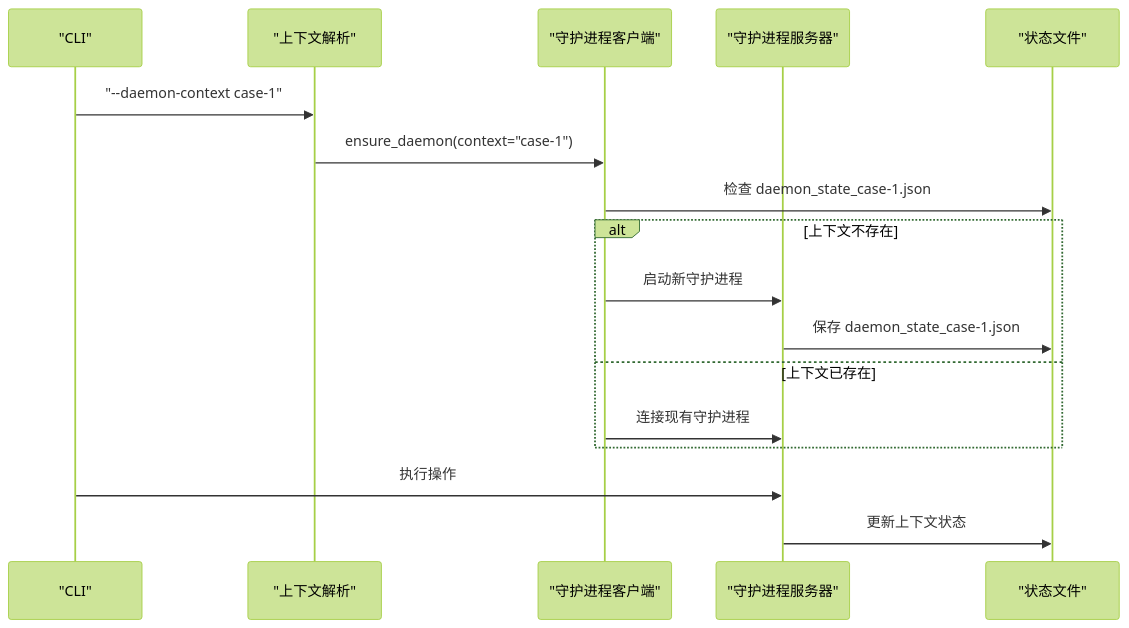
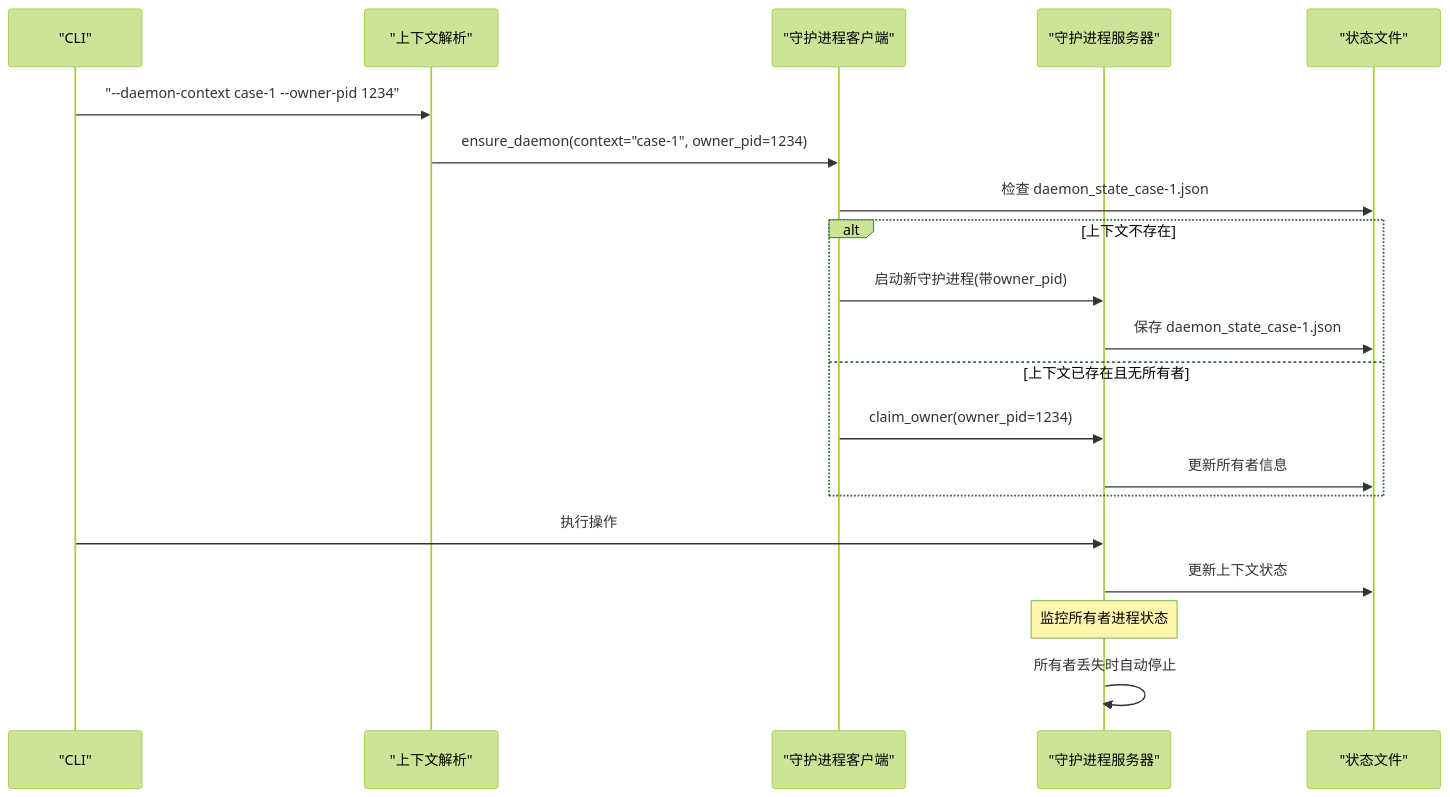
One commit to haolange/RDC-Tool changed the third of 11 diagrams in .qoder/repowiki/zh/content/核心概念/会话模型.md. Above: the diagram before and after it, drawn with Mermaid (forest theme). The commit also changed other lines of this file and 4 other files, not shown here.

````diff
--- a/.qoder/repowiki/zh/content/核心概念/会话模型.md
+++ b/.qoder/repowiki/zh/content/核心概念/会话模型.md
@@ -162,19 +167,22 @@
 ```mermaid
 sequenceDiagram
 participant CLI as "CLI"
 participant PARSE as "上下文解析"
 participant DC as "守护进程客户端"
 participant DS as "守护进程服务器"
 participant FILE as "状态文件"
-CLI->>PARSE : "--daemon-context case-1"
-PARSE->>DC : ensure_daemon(context="case-1")
+CLI->>PARSE : "--daemon-context case-1 --owner-pid 1234"
+PARSE->>DC : ensure_daemon(context="case-1", owner_pid=1234)
 DC->>FILE : 检查 daemon_state_case-1.json
 alt 上下文不存在
-DC->>DS : 启动新守护进程
+DC->>DS : 启动新守护进程(带owner_pid)
 DS->>FILE : 保存 daemon_state_case-1.json
-else 上下文已存在
-DC->>DS : 连接现有守护进程
+else 上下文已存在且无所有者
+DC->>DS : claim_owner(owner_pid=1234)
+DS->>FILE : 更新所有者信息
 end
 CLI->>DS : 执行操作
 DS->>FILE : 更新上下文状态
+Note over DS : 监控所有者进程状态
+DS->>DS : 所有者丢失时自动停止
 ```
````
